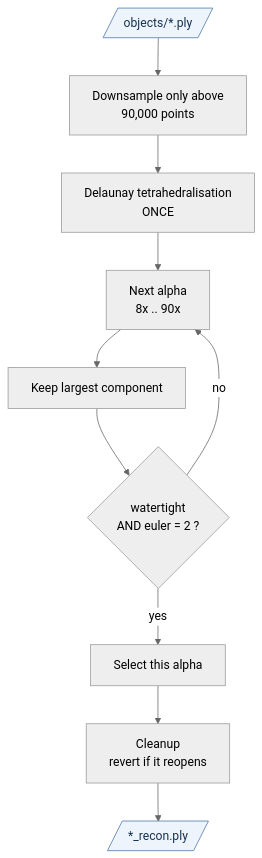
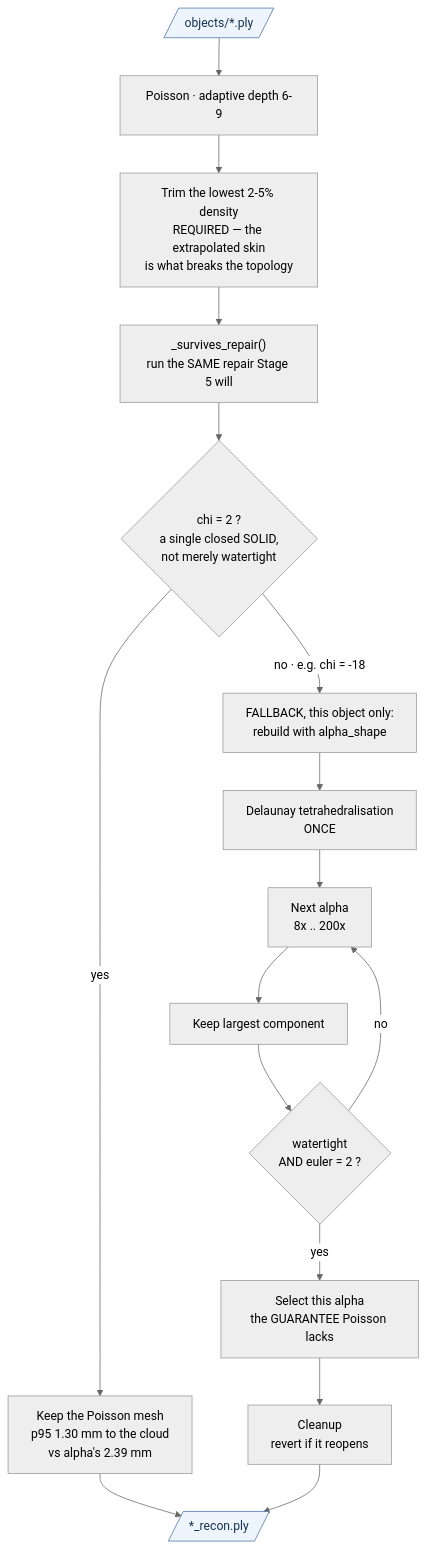
Before and after one commit to k-pkp/senior: the fifth of 8 diagrams in docs/pipeline_flowchart.md, drawn with Mermaid (neutral theme). The commit also changed other lines of this file and 40 other files, not shown here.

````diff
--- a/docs/pipeline_flowchart.md
+++ b/docs/pipeline_flowchart.md
@@ -253,18 +290,25 @@
 ```mermaid
 flowchart TD
     IN[/"objects/*.ply"/]:::file
-    R1["Downsample only above<br/>90,000 points"]
+    P1["Poisson · adaptive depth 6-9"]
+    P2["Trim the lowest 2-5% density<br/>REQUIRED — the extrapolated skin<br/>is what breaks the topology"]
+    P3["_survives_repair()<br/>run the SAME repair Stage 5 will"]
+    P4{"chi = 2 ?<br/>a single closed SOLID,<br/>not merely watertight"}
+    P5["Keep the Poisson mesh<br/>p95 1.30 mm to the cloud<br/>vs alpha's 2.39 mm"]
+    R1["FALLBACK, this object only:<br/>rebuild with alpha_shape"]
     R2["Delaunay tetrahedralisation<br/>ONCE"]
-    R3["Next alpha<br/>8x .. 90x"]
+    R3["Next alpha<br/>8x .. 200x"]
     R4["Keep largest component"]
     R5{"watertight<br/>AND euler = 2 ?"}
-    R6["Select this alpha"]
+    R6["Select this alpha<br/>the GUARANTEE Poisson lacks"]
     R7["Cleanup<br/>revert if it reopens"]
     OUT[/"*_recon.ply"/]:::file
 
-    IN --> R1 --> R2 --> R3 --> R4 --> R5
+    IN --> P1 --> P2 --> P3 --> P4
+    P4 -->|yes| P5 --> OUT
+    P4 -->|"no · e.g. chi = -18"| R1 --> R2 --> R3 --> R4 --> R5
     R5 -->|no| R3
     R5 -->|yes| R6 --> R7 --> OUT
 
     classDef file fill:#eef4fb,stroke:#4a72a8,color:#16324f
 ```
````
